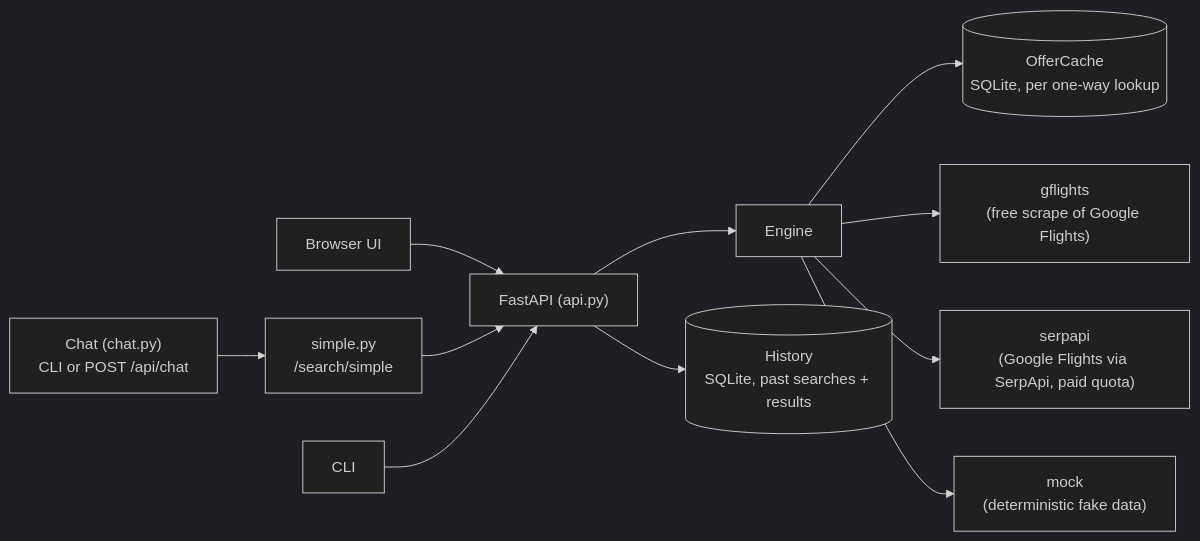
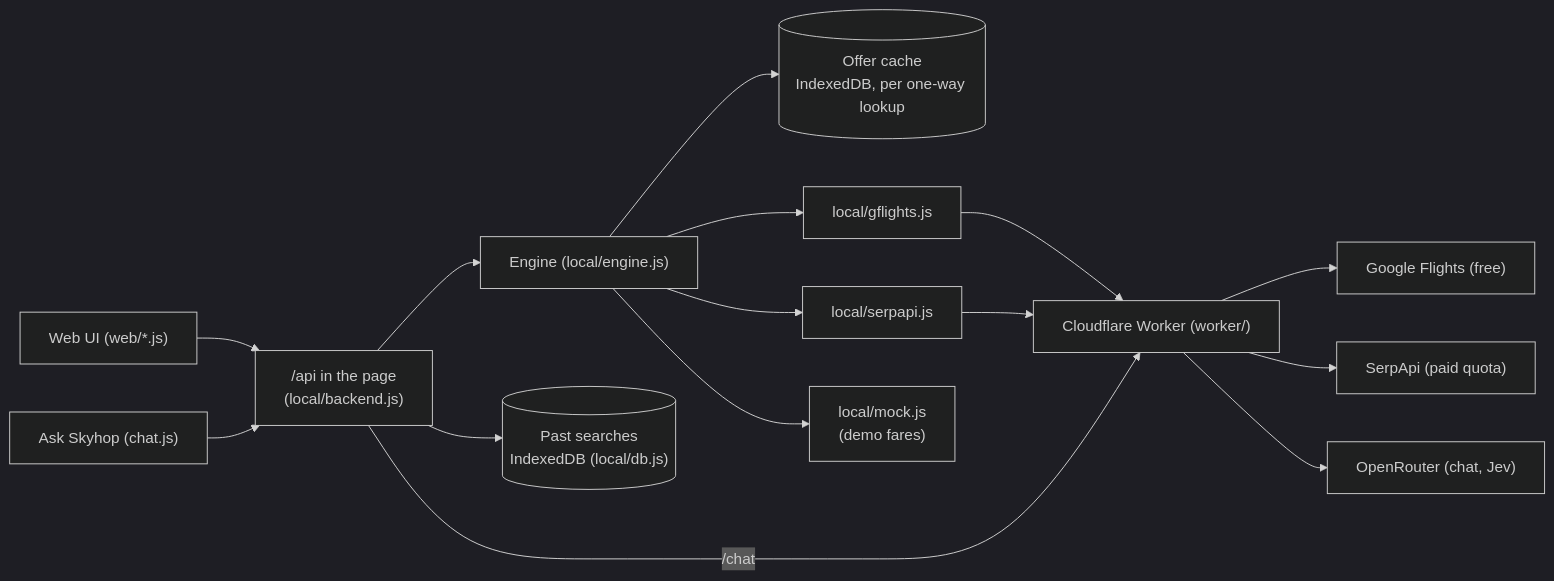
The diagram in docs/DESIGN.md (alon24/AiTravelSearcher), drawn with Mermaid (dark theme) before and after one commit. The commit also changed other lines of this file and 98 other files, not shown here.

First line of the commit message:
Skyhop is now one version: the live site, with the Docker server retired

````diff
--- a/docs/DESIGN.md
+++ b/docs/DESIGN.md
@@ -17,13 +44,17 @@
 ```mermaid
 flowchart LR
-    Browser["Browser UI"] --> API["FastAPI (api.py)"]
-    Chat["Chat (chat.py)\nCLI or POST /api/chat"] --> Simple["simple.py\n/search/simple"]
-    Simple --> API
-    CLI["CLI"] --> API
-    API --> Engine["Engine"]
-    API --> History[("History\nSQLite, past searches + results")]
-    Engine --> Cache[("OfferCache\nSQLite, per one-way lookup")]
-    Engine --> Gflights["gflights\n(free scrape of Google Flights)"]
-    Engine --> Serpapi["serpapi\n(Google Flights via SerpApi, paid quota)"]
-    Engine --> Mock["mock\n(deterministic fake data)"]
+    UI["Web UI (web/*.js)"] --> Backend["/api in the page\n(local/backend.js)"]
+    Chat["Ask Skyhop (chat.js)"] --> Backend
+    Backend --> Engine["Engine (local/engine.js)"]
+    Backend --> History[("Past searches\nIndexedDB (local/db.js)")]
+    Engine --> Cache[("Offer cache\nIndexedDB, per one-way lookup")]
+    Engine --> Gflights["local/gflights.js"]
+    Engine --> Serpapi["local/serpapi.js"]
+    Engine --> Mock["local/mock.js\n(demo fares)"]
+    Gflights --> Worker["Cloudflare Worker (worker/)"]
+    Serpapi --> Worker
+    Backend -->|"/chat"| Worker
+    Worker --> Google["Google Flights (free)"]
+    Worker --> SerpApi["SerpApi (paid quota)"]
+    Worker --> OpenRouter["OpenRouter (chat, Jev)"]
 ```
````
